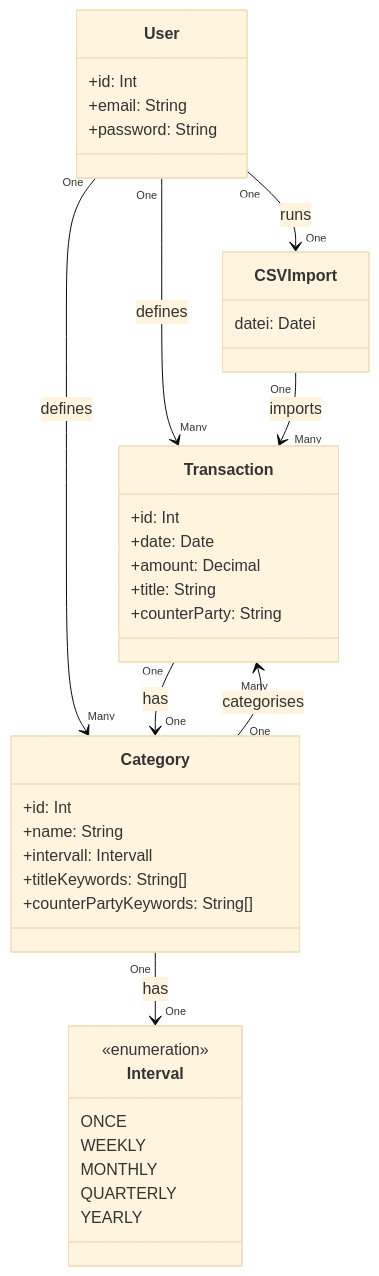
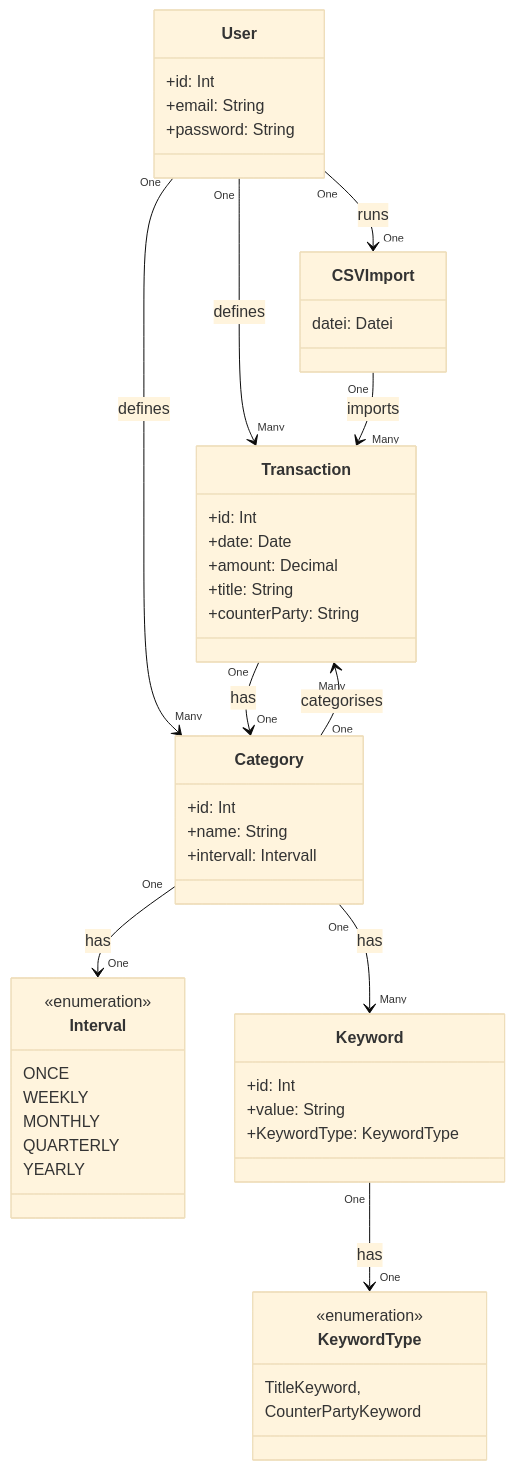
The diagram in Docs/backend-spec.md (MoritzLue24/Broke-Manager), drawn with Mermaid (base theme) before and after one commit. The commit also changed other lines of this file, not shown here.

Commit message:
Keyword Lists moved to seperate Table for cleaner SQL commands
Removed TitleKeywords and CounterPartyKeywords from Category class. Added Keyword and KeywordType classes for better keyword management.

````diff
--- a/Docs/backend-spec.md
+++ b/Docs/backend-spec.md
@@ -23,47 +23,62 @@
 ```mermaid
 classDiagram
     class User {
         +id: Int
         +email: String
         +password: String
     }
 
     class Transaction {
         +id: Int
         +date: Date
         +amount: Decimal
         +title: String
         +counterParty: String
     }
 
     class Category {
         +id: Int 
         +name: String
         +intervall: Intervall
-        +titleKeywords: String[]
-        +counterPartyKeywords: String[]
     }
 
     class Interval {
         <<enumeration>>
         ONCE
         WEEKLY
         MONTHLY
         QUARTERLY
         YEARLY
     }
 
+    class Keyword {
+        +id: Int
+        +value: String
+        +KeywordType: KeywordType
+    }
+
+    class KeywordType {
+        <<enumeration>>
+        TitleKeyword,
+        CounterPartyKeyword
+    }
+
     class CSVImport {
         datei: Datei
     }
 
     
 
     User "One" --> "Many" Transaction : defines
     User "One" --> "Many" Category : defines
+
     Category "One" --> "One" Interval : has
     Category "One" --> "Many" Transaction : categorises
+    Category "One" --> "Many" Keyword : has
+
+    Keyword "One" --> "One" KeywordType : has
+
     Transaction "One" --> "One" Category : has
     User "One" --> "One" CSVImport : runs
     CSVImport "One" --> "Many" Transaction : imports
 ```
````
